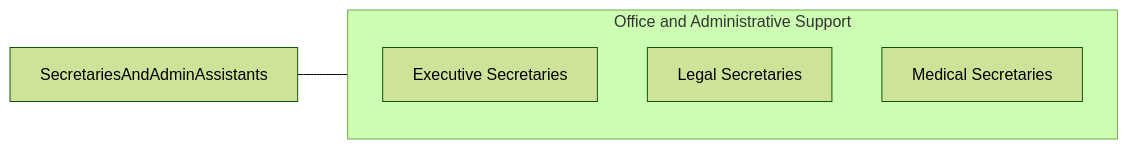
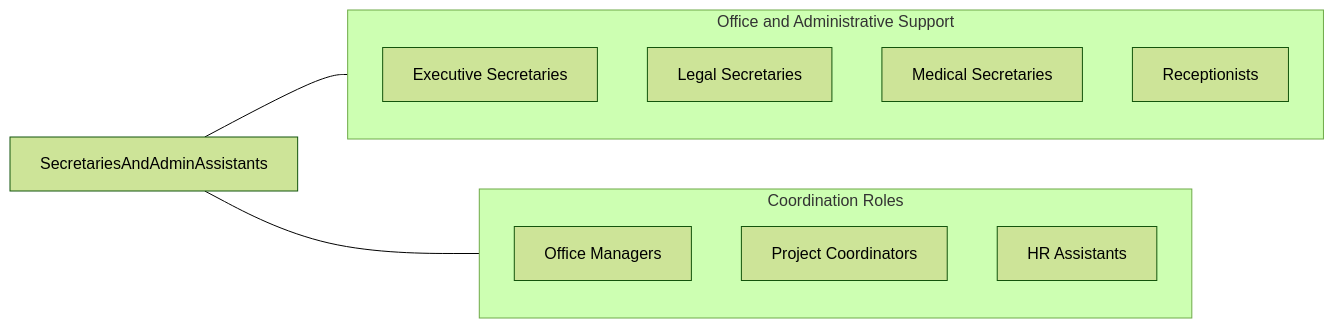
The fourth of 4 diagrams in occupations/Administrative/SecretariesAndAdministrativeAssistantsExceptLegalMedicalAndExecutive.mdx (kziemski/business.org.ai), drawn with Mermaid (forest theme) before and after one commit. The commit also changed other lines of this file and 19 other files, not shown here.

````diff
--- a/occupations/Administrative/SecretariesAndAdministrativeAssistantsExceptLegalMedicalAndExecutive.mdx
+++ b/occupations/Administrative/SecretariesAndAdministrativeAssistantsExceptLegalMedicalAndExecutive.mdx
@@ -99,10 +238,20 @@
 ```mermaid
 graph LR
     Current["SecretariesAndAdminAssistants"]
+
     subgraph SameCategory["Office and Administrative Support"]
-        RExecutiveSecretaries["Executive Secretaries"]
-        RLegalSecretaries["Legal Secretaries"]
-        RMedicalSecretaries["Medical Secretaries"]
+        ExecutiveSecretaries["Executive Secretaries"]
+        LegalSecretaries["Legal Secretaries"]
+        MedicalSecretaries["Medical Secretaries"]
+        Receptionists["Receptionists"]
     end
+
+    subgraph CrossFunctional["Coordination Roles"]
+        OfficeManagers["Office Managers"]
+        ProjectCoordinators["Project Coordinators"]
+        HRAssistants["HR Assistants"]
+    end
+
     Current --- SameCategory
+    Current --- CrossFunctional
 ```
````
